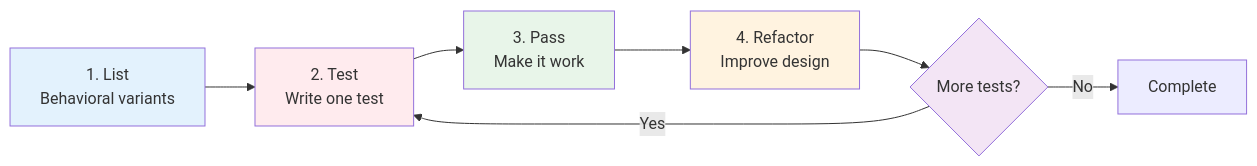
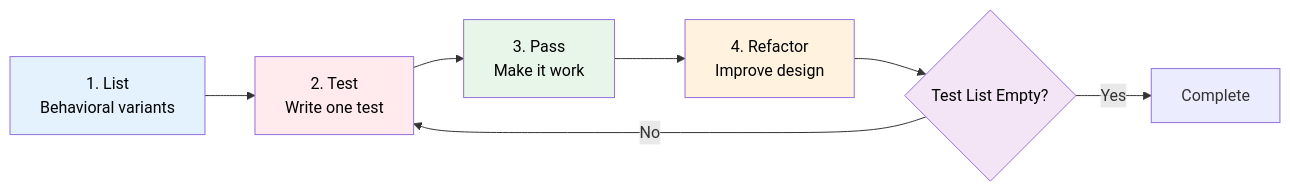
One commit to ready-to-release/eac changed the first of 5 diagrams in docs/explanation/specifications/three-layer-approach.md. Above: the diagram before and after it, drawn with Mermaid. The commit also changed other lines of this file and 49 other files, not shown here.

````diff
--- a/docs/explanation/specifications/three-layer-approach.md
+++ b/docs/explanation/specifications/three-layer-approach.md
@@ -91,15 +91,15 @@
 ```mermaid
 flowchart LR
     List[1. List<br/>Behavioral variants] --> Test[2. Test<br/>Write one test]
     Test --> Pass[3. Pass<br/>Make it work]
     Pass --> Refactor[4. Refactor<br/>Improve design]
-    Refactor --> Repeat{More tests?}
-    Repeat -->|Yes| Test
-    Repeat -->|No| Done[Complete]
+    Refactor --> Repeat{Test List Empty?}
+    Repeat -->|No| Test
+    Repeat -->|Yes| Done[Complete]
 
-    style List fill:#e3f2fd
-    style Test fill:#ffebee
-    style Pass fill:#e8f5e9
-    style Refactor fill:#fff3e0
-    style Repeat fill:#f3e5f5
+    style List fill:#e3f2fd,color:#000
+    style Test fill:#ffebee,color:#000
+    style Pass fill:#e8f5e9,color:#000
+    style Refactor fill:#fff3e0,color:#000
+    style Repeat fill:#f3e5f5,color:#000
 ```
````
